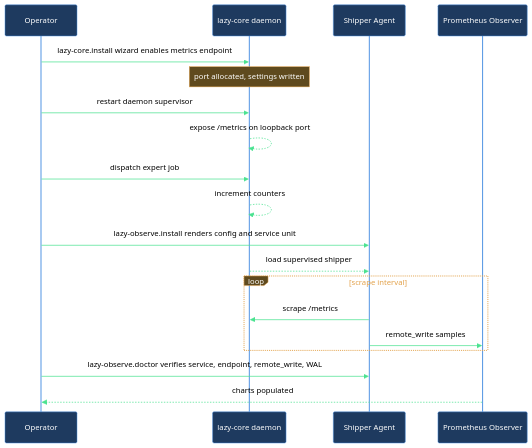
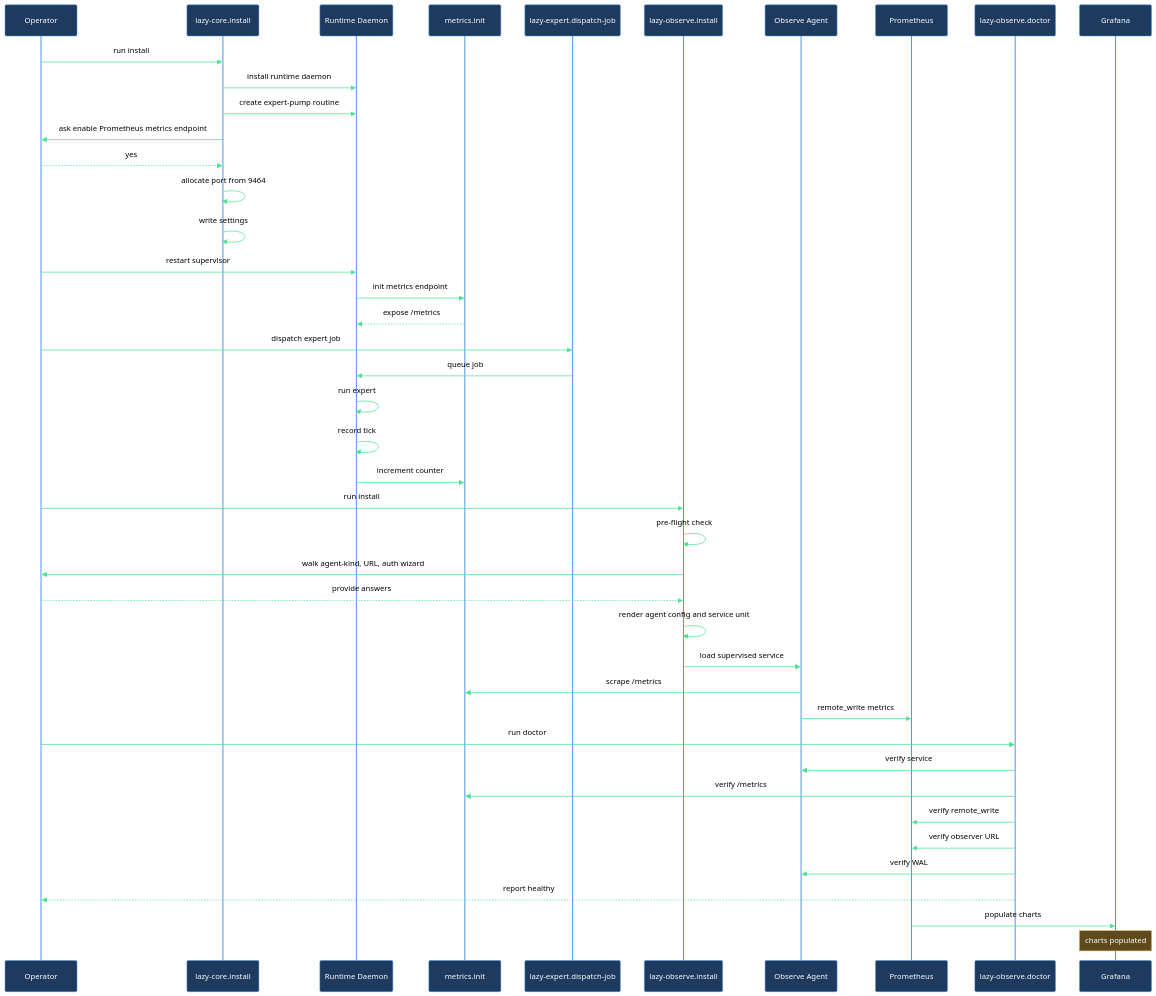
One commit to mebius-san/lazy-cortex changed the diagram in claude/lazycortex-observe/help/walkthroughs/ship-metrics-end-to-end.md. Above: the diagram before and after it, drawn with Mermaid. The commit also changed other lines of this file and 40 other files, not shown here.

First line of the commit message:
release core 5.14.0, observe 0.5.0, python 2.0.0

````diff
--- a/claude/lazycortex-observe/help/walkthroughs/ship-metrics-end-to-end.md
+++ b/claude/lazycortex-observe/help/walkthroughs/ship-metrics-end-to-end.md
@@ -79,23 +79,47 @@
 ```mermaid
 %%{init: {'themeVariables':{'background':'transparent','primaryColor':'#1e3a5f','primaryBorderColor':'#4a90e2','primaryTextColor':'#fff','lineColor':'#4ae290','actorBkg':'#1e3a5f','actorBorder':'#4a90e2','actorTextColor':'#fff','actorLineColor':'#4a90e2','signalColor':'#4ae290','signalTextColor':'#000','noteBkgColor':'#5f4a1e','noteBorderColor':'#e2a14a','noteTextColor':'#fff','labelBoxBkgColor':'#5f4a1e','labelBoxBorderColor':'#e2a14a','labelTextColor':'#fff','loopTextColor':'#e2a14a'},'sequence':{'diagramPadding':5,'useMaxWidth':true}}}%%
 sequenceDiagram
   participant operator as Operator
-  participant lazyCoreDaemon as lazy-core daemon
-  participant shipperAgent as Shipper Agent
-  participant prometheusObserver as Prometheus Observer
+  participant coreInstall as lazy-core.install
+  participant daemon as Runtime Daemon
+  participant metrics as metrics.init
+  participant expertDispatch as lazy-expert.dispatch-job
+  participant observeInstall as lazy-observe.install
+  participant observeAgent as Observe Agent
+  participant prometheus as Prometheus
+  participant observeDoctor as lazy-observe.doctor
+  participant grafana as Grafana
 
-  operator->>lazyCoreDaemon: lazy-core.install wizard enables metrics endpoint
-  Note over lazyCoreDaemon: port allocated, settings written
-  operator->>lazyCoreDaemon: restart daemon supervisor
-  lazyCoreDaemon-->>lazyCoreDaemon: expose /metrics on loopback port
-  operator->>lazyCoreDaemon: dispatch expert job
-  lazyCoreDaemon-->>lazyCoreDaemon: increment counters
-  operator->>shipperAgent: lazy-observe.install renders config and service unit
-  lazyCoreDaemon-->>shipperAgent: load supervised shipper
-  loop scrape interval
-    shipperAgent->>lazyCoreDaemon: scrape /metrics
-    shipperAgent->>prometheusObserver: remote_write samples
-  end
-  operator->>shipperAgent: lazy-observe.doctor verifies service, endpoint, remote_write, WAL
-  prometheusObserver-->>operator: charts populated
+  operator->>coreInstall: run install
+  coreInstall->>daemon: install runtime daemon
+  coreInstall->>daemon: create expert-pump routine
+  coreInstall->>operator: ask enable Prometheus metrics endpoint
+  operator-->>coreInstall: yes
+  coreInstall->>coreInstall: allocate port from 9464
+  coreInstall->>coreInstall: write settings
+  operator->>daemon: restart supervisor
+  daemon->>metrics: init metrics endpoint
+  metrics-->>daemon: expose /metrics
+  operator->>expertDispatch: dispatch expert job
+  expertDispatch->>daemon: queue job
+  daemon->>daemon: run expert
+  daemon->>daemon: record tick
+  daemon->>metrics: increment counter
+  operator->>observeInstall: run install
+  observeInstall->>observeInstall: pre-flight check
+  observeInstall->>operator: walk agent-kind, URL, auth wizard
+  operator-->>observeInstall: provide answers
+  observeInstall->>observeInstall: render agent config and service unit
+  observeInstall->>observeAgent: load supervised service
+  observeAgent->>metrics: scrape /metrics
+  observeAgent->>prometheus: remote_write metrics
+  operator->>observeDoctor: run doctor
+  observeDoctor->>observeAgent: verify service
+  observeDoctor->>metrics: verify /metrics
+  observeDoctor->>prometheus: verify remote_write
+  observeDoctor->>prometheus: verify observer URL
+  observeDoctor->>observeAgent: verify WAL
+  observeDoctor-->>operator: report healthy
+  prometheus->>grafana: populate charts
+  Note over grafana: charts populated
 ```
````
